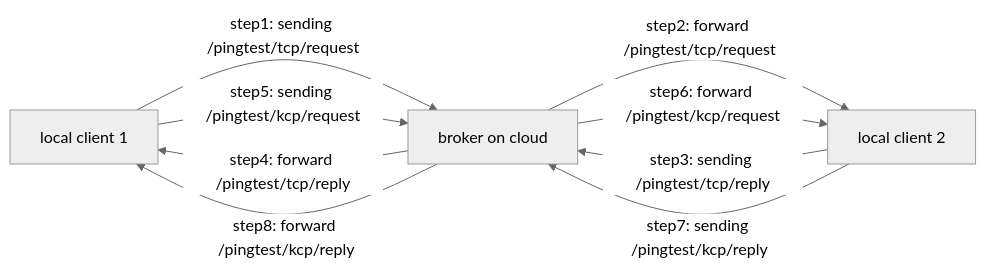
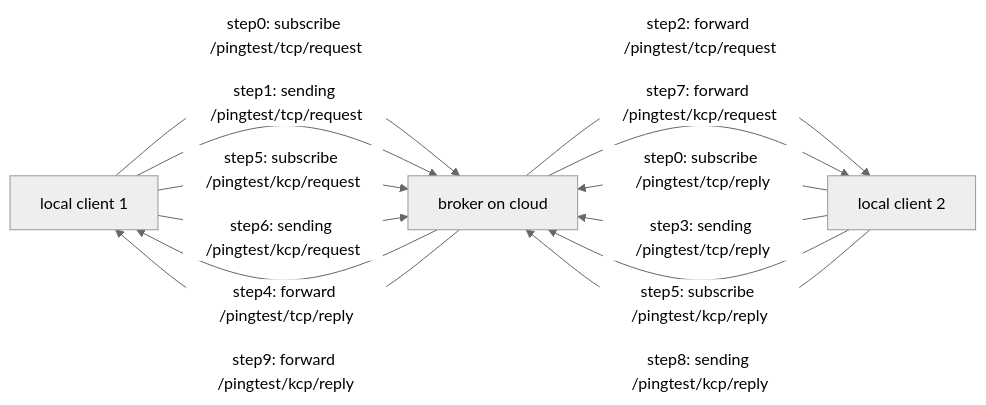
Before and after one commit to MuenYu/IFN712: the diagram in README.md, drawn with Mermaid (neutral theme).

Commit message:
update steps in README.md

````diff
--- a/README.md
+++ b/README.md
@@ -24,17 +24,21 @@
 ```mermaid
 graph LR
 
 A["local client 1"]
 B["broker on cloud"]
 C["local client 2"]
 
+A -- step0: subscribe /pingtest/tcp/request --> B
+C -- step0: subscribe /pingtest/tcp/reply --> B
 A -- step1: sending /pingtest/tcp/request --> B
 B -- step2: forward /pingtest/tcp/request --> C
 C -- step3: sending /pingtest/tcp/reply --> B
 B -- step4: forward /pingtest/tcp/reply --> A
 
-A -- step5: sending /pingtest/kcp/request --> B
-B -- step6: forward /pingtest/kcp/request --> C
-C -- step7: sending /pingtest/kcp/reply --> B
-B -- step8: forward /pingtest/kcp/reply --> A
+A -- step5: subscribe /pingtest/kcp/request --> B
+C -- step5: subscribe /pingtest/kcp/reply --> B
+A -- step6: sending /pingtest/kcp/request --> B
+B -- step7: forward /pingtest/kcp/request --> C
+C -- step8: sending /pingtest/kcp/reply --> B
+B -- step9: forward /pingtest/kcp/reply --> A
 ```
````
